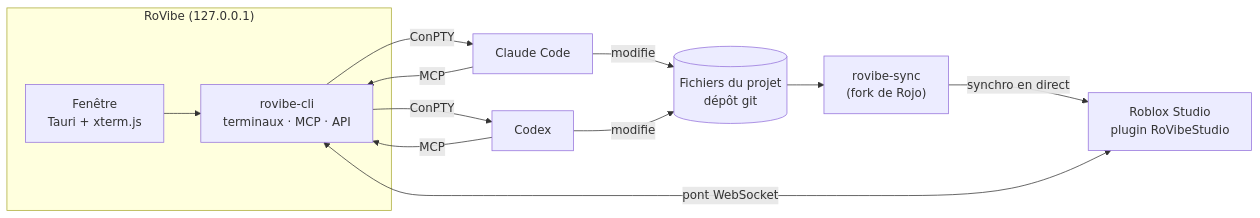
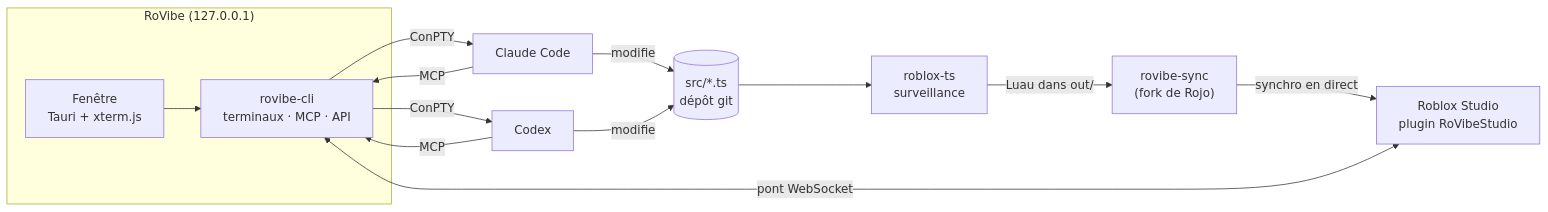
Before and after one commit to aaldersondev/rovibe: the diagram in README.fr.md, drawn with Mermaid. The commit also changed other lines of this file and 22 other files, not shown here.

````diff
--- a/README.fr.md
+++ b/README.fr.md
@@ -89,15 +91,16 @@
 ```mermaid
 flowchart LR
   subgraph App["RoVibe (127.0.0.1)"]
     UI["Fenêtre<br/>Tauri + xterm.js"] --> Server["rovibe-cli<br/>terminaux · MCP · API"]
   end
   Server -->|ConPTY| A1["Claude Code"]
   Server -->|ConPTY| A2["Codex"]
   A1 -->|MCP| Server
   A2 -->|MCP| Server
-  A1 -->|modifie| Files[("Fichiers du projet<br/>dépôt git")]
+  A1 -->|modifie| Files[("src/*.ts<br/>dépôt git")]
   A2 -->|modifie| Files
-  Files --> Sync["rovibe-sync<br/>(fork de Rojo)"]
+  Files --> TS["roblox-ts<br/>surveillance"]
+  TS -->|Luau dans out/| Sync["rovibe-sync<br/>(fork de Rojo)"]
   Sync -->|synchro en direct| Studio["Roblox Studio<br/>plugin RoVibeStudio"]
   Server <-->|pont WebSocket| Studio
 ```
````
